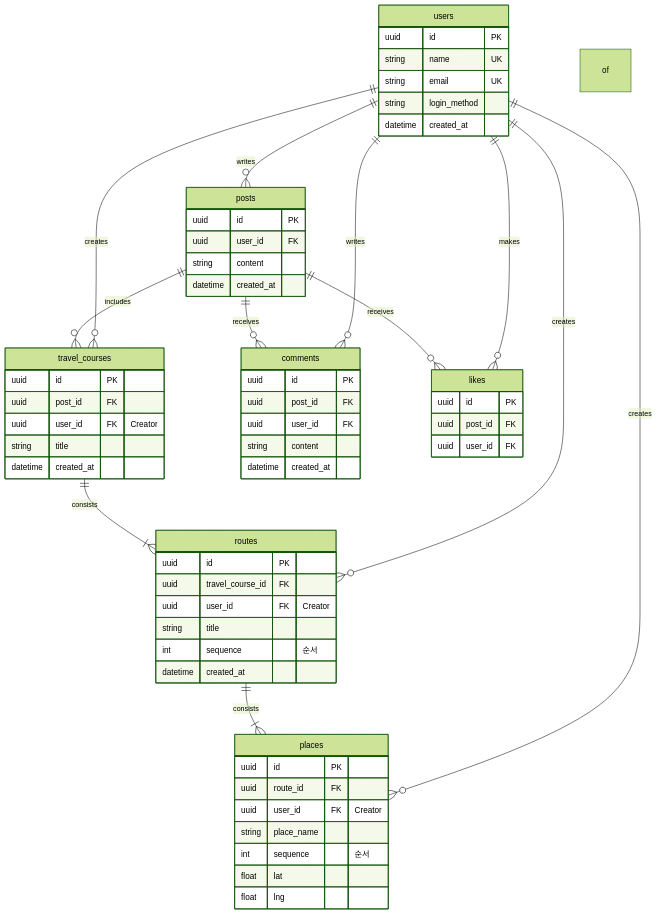
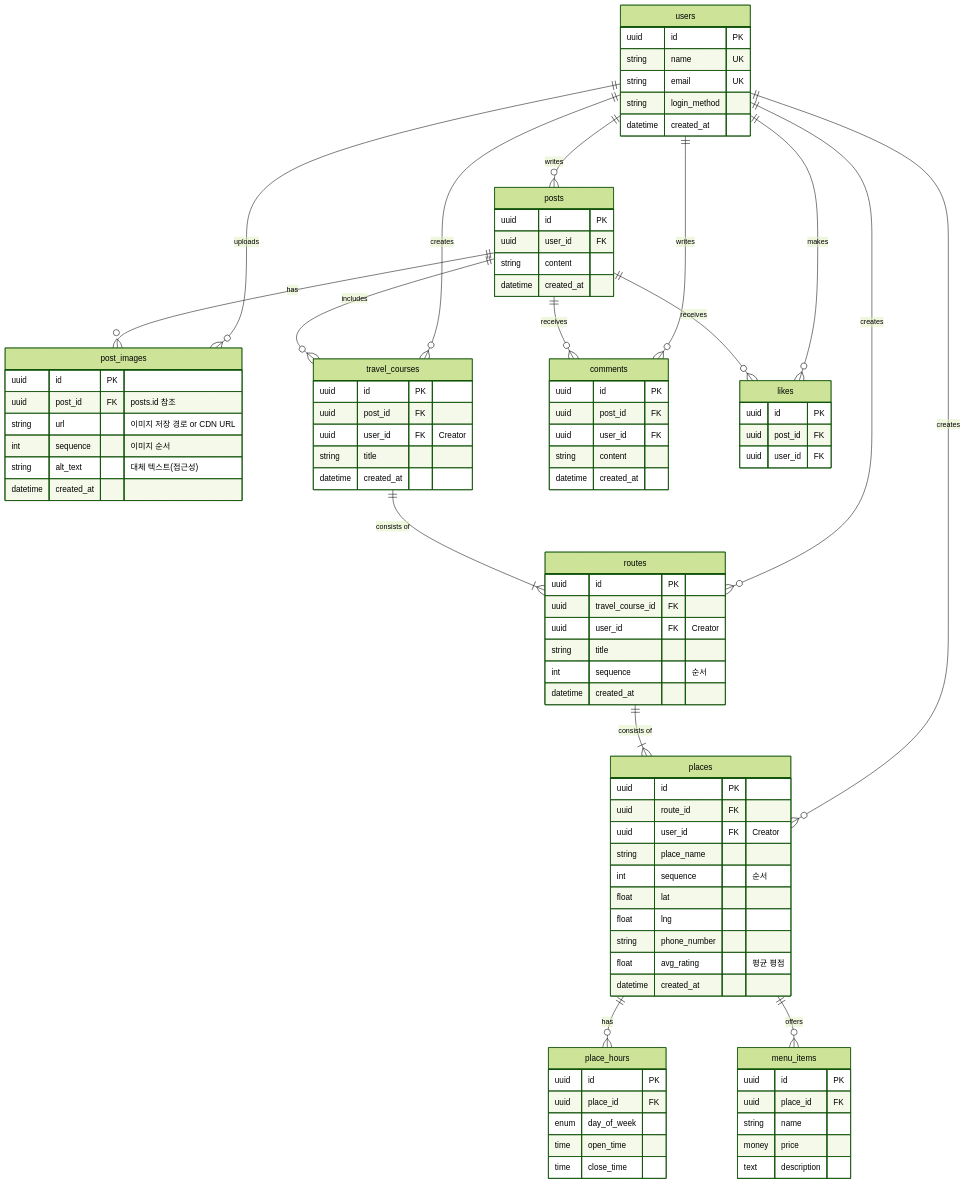
One commit to snghnl/EatGo changed the second of 2 diagrams in SRS.md. Above: the diagram before and after it, drawn with Mermaid (forest theme).

````diff
--- a/SRS.md
+++ b/SRS.md
@@ -217,18 +217,23 @@
 ```mermaid
 erDiagram
     users ||--o{ posts           : writes
+    users ||--o{ post_images     : uploads
     users ||--o{ travel_courses  : creates
     users ||--o{ routes          : creates
     users ||--o{ places          : creates
     users ||--o{ comments        : writes
     users ||--o{ likes           : makes
 
+    posts ||--o{ post_images     : has
     posts ||--o{ travel_courses  : includes
     posts ||--o{ comments        : receives
     posts ||--o{ likes           : receives
 
-    travel_courses ||--|{ routes : consists of
-    routes         ||--|{ places : consists of
+    travel_courses ||--|{ routes : "consists of"
+    routes         ||--|{ places : "consists of"
+
+    places         ||--o{ place_hours : has
+    places         ||--o{ menu_items  : offers
 
     users {
         uuid    id PK
@@ -245,10 +250,19 @@
         datetime created_at
     }
 
+    post_images {
+        uuid    id PK
+        uuid    post_id FK         "posts.id 참조"
+        string  url                "이미지 저장 경로 or CDN URL"
+        int     sequence           "이미지 순서"
+        string  alt_text           "대체 텍스트(접근성)"
+        datetime created_at
+    }
+
     travel_courses {
         uuid    id PK
         uuid    post_id FK
-        uuid    user_id FK    "Creator"
+        uuid    user_id FK         "Creator"
         string  title
         datetime created_at
     }
@@ -256,20 +270,39 @@
     routes {
         uuid    id PK
         uuid    travel_course_id FK
-        uuid    user_id FK    "Creator"
+        uuid    user_id FK         "Creator"
         string  title
-        int     sequence      "순서"
+        int     sequence           "순서"
         datetime created_at
     }
 
     places {
         uuid    id PK
         uuid    route_id FK
-        uuid    user_id FK    "Creator"
+        uuid    user_id FK         "Creator"
         string  place_name
-        int     sequence      "순서"
+        int     sequence           "순서"
         float   lat
         float   lng
+        string  phone_number
+        float   avg_rating         "평균 평점"
+        datetime created_at
+    }
+
+    place_hours {
+        uuid    id PK
+        uuid    place_id FK
+        enum    day_of_week
+        time    open_time
+        time    close_time
+    }
+
+    menu_items {
+        uuid    id PK
+        uuid    place_id FK
+        string  name
+        money   price
+        text    description
     }
 
     comments {
````
